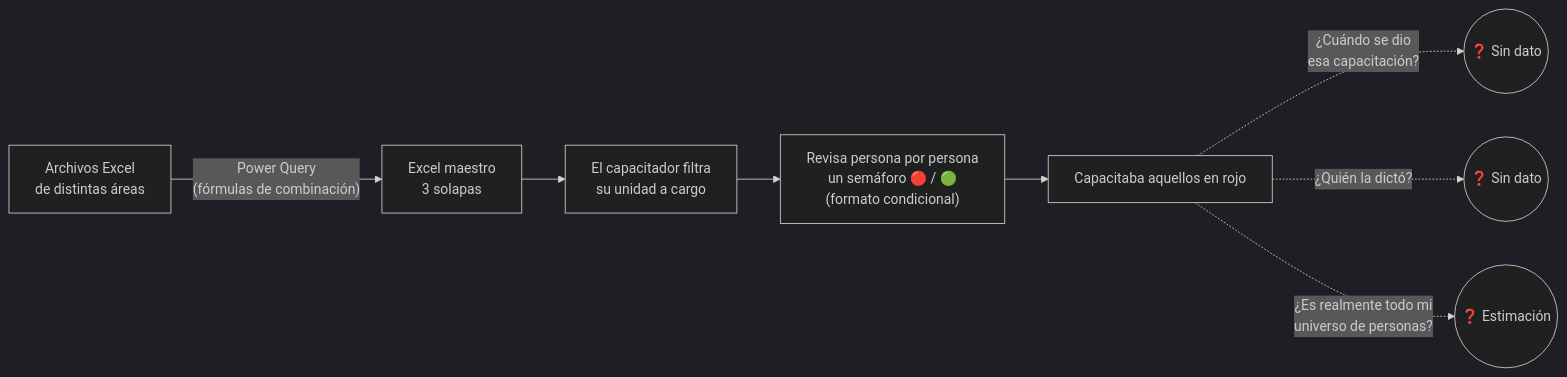
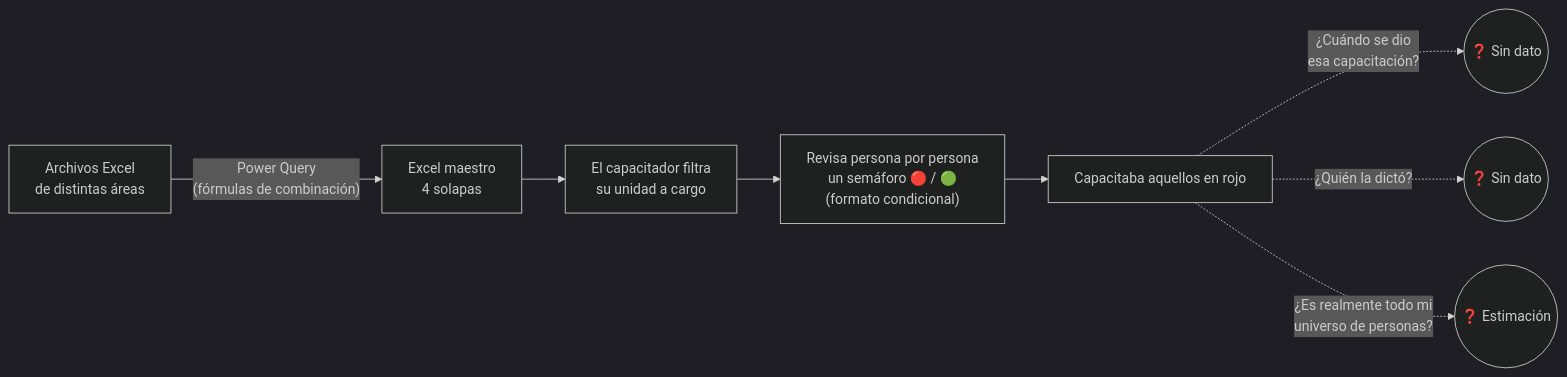
Before and after one commit to jminolli-e/case-studies: the first of 5 diagrams in charla-5-min/README.md, drawn with Mermaid (dark theme). The commit also changed other lines of this file, not shown here.

````diff
--- a/charla-5-min/README.md
+++ b/charla-5-min/README.md
@@ -19,10 +19,10 @@
 ```mermaid
 flowchart LR
-    A["Archivos Excel<br/>de distintas áreas"] -->|"Power Query<br/>(fórmulas de combinación)"| B["Excel maestro<br/>3 solapas"]
+    A["Archivos Excel<br/>de distintas áreas"] -->|"Power Query<br/>(fórmulas de combinación)"| B["Excel maestro<br/>4 solapas"]
     B --> C["El capacitador filtra<br/>su unidad a cargo"]
     C --> D["Revisa persona por persona<br/>un semáforo 🔴 / 🟢<br/>(formato condicional)"]
     D --> E["Capacitaba aquellos en rojo"]
     E -.->|"¿Cuándo se dio<br/>esa capacitación?"| Q1(("❓ Sin dato"))
     E -.->|"¿Quién la dictó?"| Q2(("❓ Sin dato"))
     E -.->|"¿Es realmente todo mi<br/>universo de personas?"| Q3(("❓ Estimación"))
 ```
````
